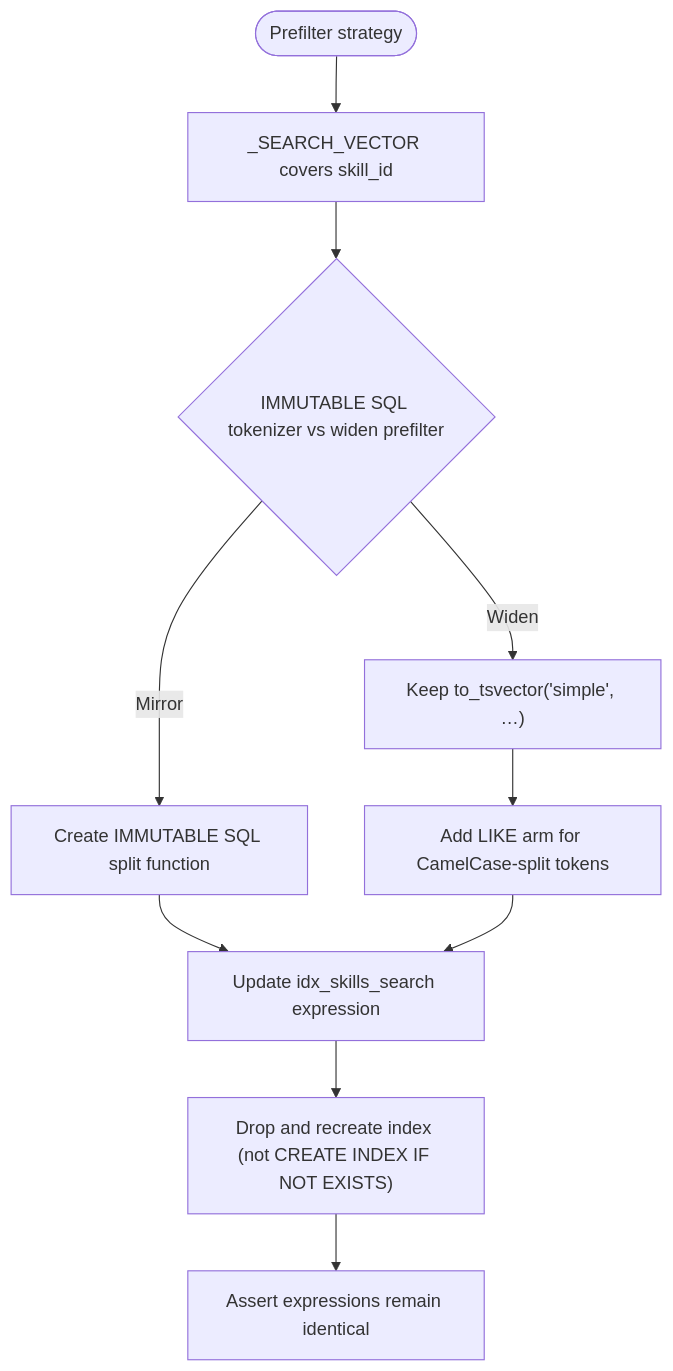
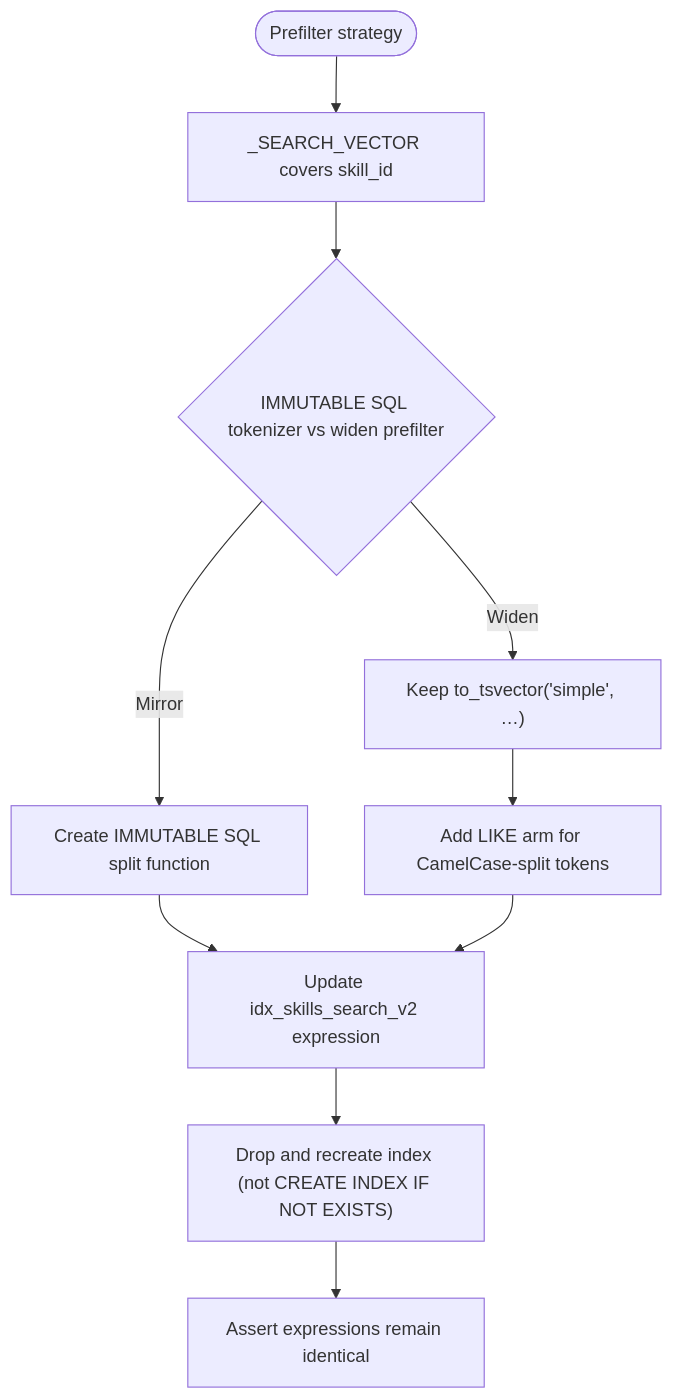
The seventh of 11 diagrams in .qoder/repowiki/en/content/Shared Contracts/SPEC-066_ Skill Retrieval Ranking Fidelity.md (alainlei/luban-aiops), drawn with Mermaid before and after one commit. The commit also changed other lines of this file and 114 other files, not shown here.

````diff
--- a/.qoder/repowiki/en/content/Shared Contracts/SPEC-066_ Skill Retrieval Ranking Fidelity.md
+++ b/.qoder/repowiki/en/content/Shared Contracts/SPEC-066_ Skill Retrieval Ranking Fidelity.md
@@ -231,12 +232,12 @@
 ```mermaid
 flowchart TD
 Start(["Prefilter strategy"]) --> AddSlug["_SEARCH_VECTOR covers skill_id"]
 AddSlug --> ChoosePath{"IMMUTABLE SQL tokenizer vs widen prefilter"}
 ChoosePath --> |Mirror| CreateSQLFunc["Create IMMUTABLE SQL split function"]
-CreateSQLFunc --> UpdateIndex["Update idx_skills_search expression"]
+CreateSQLFunc --> UpdateIndex["Update idx_skills_search_v2 expression"]
 ChoosePath --> |Widen| KeepSimple["Keep to_tsvector('simple', …)"]
 KeepSimple --> AddLikeArm["Add LIKE arm for CamelCase-split tokens"]
 AddLikeArm --> UpdateIndex
 UpdateIndex --> Migrate["Drop and recreate index (not CREATE INDEX IF NOT EXISTS)"]
 Migrate --> Verify["Assert expressions remain identical"]
 ```
````
